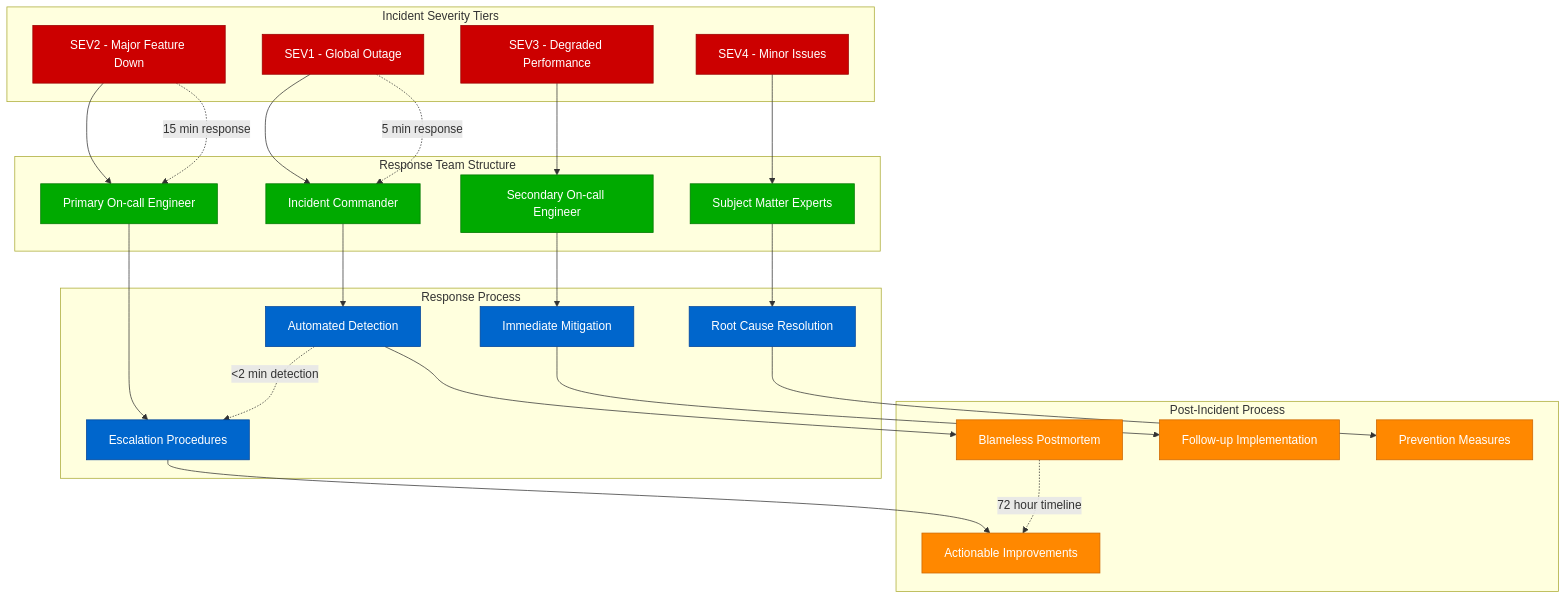
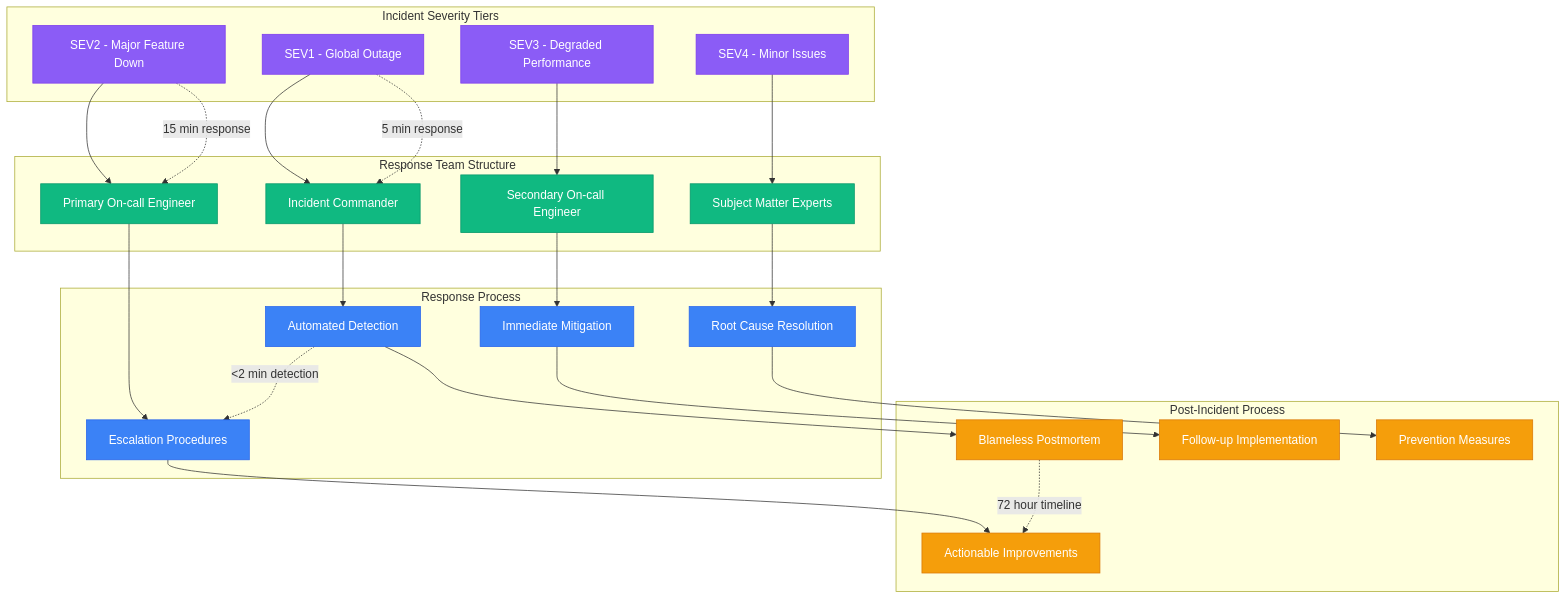
One commit to deepaucksharma/DS changed the fifth of 8 diagrams in site/docs/systems/meta/production-operations.md. Above: the diagram before and after it, drawn with Mermaid. The commit also changed other lines of this file and 303 other files, not shown here.

````diff
--- a/site/docs/systems/meta/production-operations.md
+++ b/site/docs/systems/meta/production-operations.md
@@ -308,64 +308,64 @@
 ```mermaid
 graph TB
     subgraph IncidentTiers[Incident Severity Tiers]
         SEV1[SEV1 - Global Outage]
         SEV2[SEV2 - Major Feature Down]
         SEV3[SEV3 - Degraded Performance]
         SEV4[SEV4 - Minor Issues]
     end
 
     subgraph ResponseTeams[Response Team Structure]
         IC[Incident Commander]
         PRIMARY_ONCALL[Primary On-call Engineer]
         SECONDARY_ONCALL[Secondary On-call Engineer]
         SUBJECT_EXPERTS[Subject Matter Experts]
     end
 
     subgraph ResponseProcess[Response Process]
         DETECTION[Automated Detection]
         ESCALATION[Escalation Procedures]
         MITIGATION[Immediate Mitigation]
         RESOLUTION[Root Cause Resolution]
     end
 
     subgraph PostIncident[Post-Incident Process]
         POSTMORTEM[Blameless Postmortem]
         ACTION_ITEMS[Actionable Improvements]
         FOLLOW_UP[Follow-up Implementation]
         PREVENTION[Prevention Measures]
     end
 
     %% Incident flow
     SEV1 --> IC
     SEV2 --> PRIMARY_ONCALL
     SEV3 --> SECONDARY_ONCALL
     SEV4 --> SUBJECT_EXPERTS
 
     %% Response coordination
     IC --> DETECTION
     PRIMARY_ONCALL --> ESCALATION
     SECONDARY_ONCALL --> MITIGATION
     SUBJECT_EXPERTS --> RESOLUTION
 
     %% Post-incident learning
     DETECTION --> POSTMORTEM
     ESCALATION --> ACTION_ITEMS
     MITIGATION --> FOLLOW_UP
     RESOLUTION --> PREVENTION
 
     %% Response time targets
     SEV1 -.->|"5 min response"| IC
     SEV2 -.->|"15 min response"| PRIMARY_ONCALL
     DETECTION -.->|"<2 min detection"| ESCALATION
     POSTMORTEM -.->|"72 hour timeline"| ACTION_ITEMS
 
-    classDef sevStyle fill:#CC0000,stroke:#990000,color:#fff
-    classDef teamStyle fill:#00AA00,stroke:#007700,color:#fff
-    classDef processStyle fill:#0066CC,stroke:#004499,color:#fff
-    classDef postStyle fill:#FF8800,stroke:#CC6600,color:#fff
+    classDef sevStyle fill:#8B5CF6,stroke:#7C3AED,color:#fff
+    classDef teamStyle fill:#10B981,stroke:#059669,color:#fff
+    classDef processStyle fill:#3B82F6,stroke:#2563EB,color:#fff
+    classDef postStyle fill:#F59E0B,stroke:#D97706,color:#fff
 
     class SEV1,SEV2,SEV3,SEV4 sevStyle
     class IC,PRIMARY_ONCALL,SECONDARY_ONCALL,SUBJECT_EXPERTS teamStyle
     class DETECTION,ESCALATION,MITIGATION,RESOLUTION processStyle
     class POSTMORTEM,ACTION_ITEMS,FOLLOW_UP,PREVENTION postStyle
 ```
````
